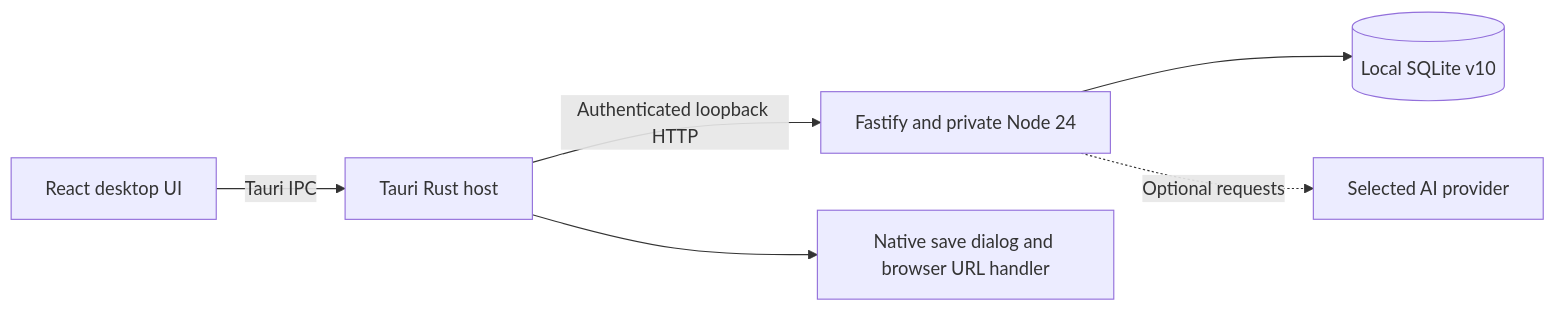
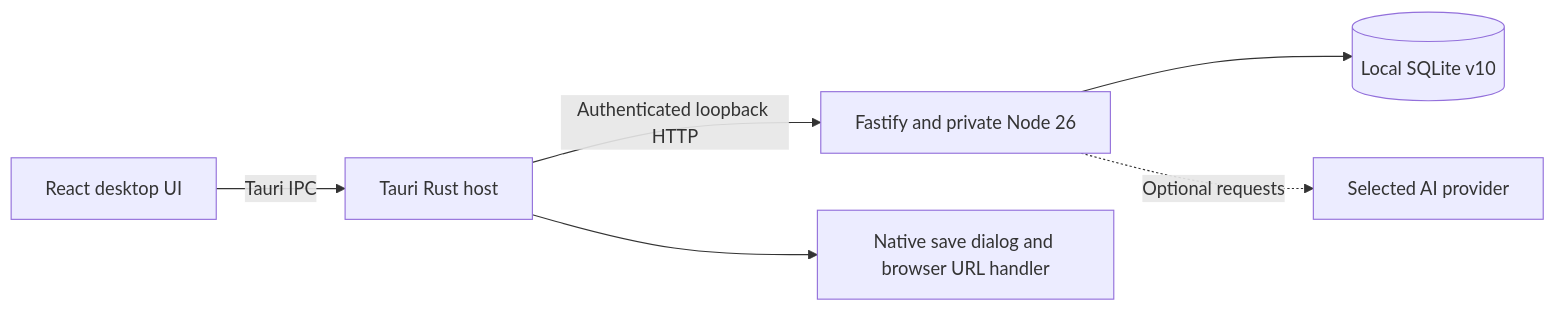
One commit to Yide-Milo-Li/LeetCode-Tracker changed the diagram in README.md. Above: the diagram before and after it, drawn with Mermaid. The commit also changed other lines of this file and 64 other files, not shown here.

````diff
--- a/README.md
+++ b/README.md
@@ -129,8 +129,8 @@
 ```mermaid
 flowchart LR
     UI[React desktop UI] -->|Tauri IPC| Host[Tauri Rust host]
-    Host -->|Authenticated loopback HTTP| API[Fastify and private Node 24]
+    Host -->|Authenticated loopback HTTP| API[Fastify and private Node 26]
     API --> DB[(Local SQLite v10)]
     API -. Optional requests .-> AI[Selected AI provider]
     Host --> OS[Native save dialog and browser URL handler]
 ```
````
